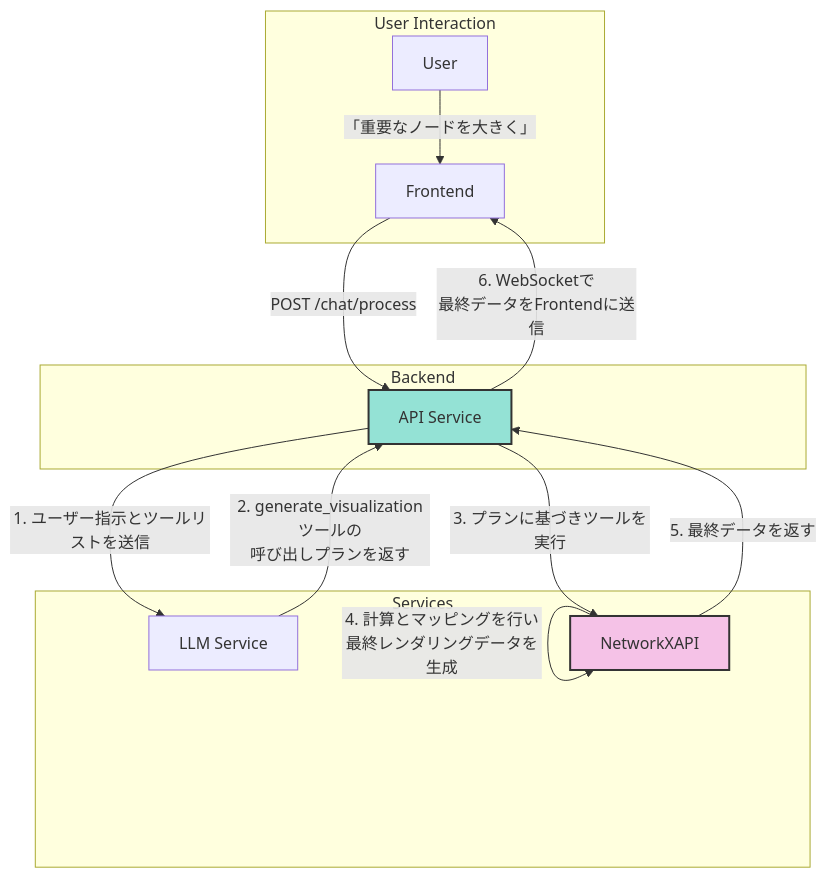
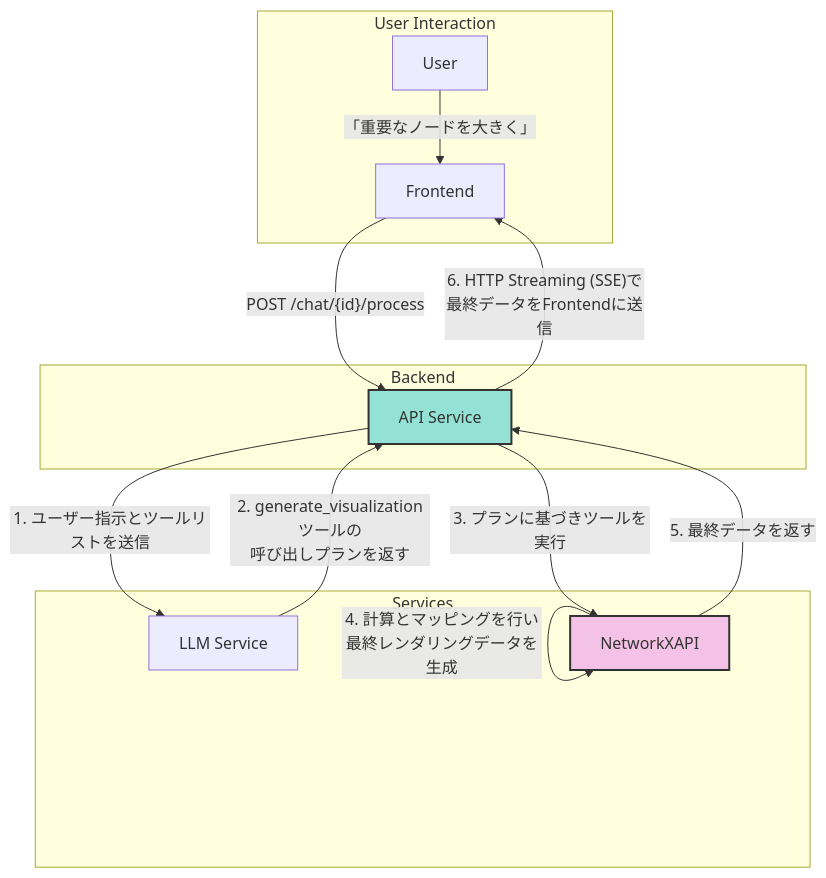
Before and after one commit to vdslab/LLMGraphvis: the second of 2 diagrams in specification/2_Technical_Details/1_Backend.md, drawn with Mermaid. The commit also changed other lines of this file and 8 other files, not shown here.

````diff
--- a/specification/2_Technical_Details/1_Backend.md
+++ b/specification/2_Technical_Details/1_Backend.md
@@ -120,26 +98,26 @@
 ```mermaid
 graph TD
     subgraph User Interaction
         U[User] -- "「重要なノードを大きく」" --> F[Frontend]
     end
 
     subgraph Backend
         B_API[API Service]
     end
 
     subgraph Services
         LLM[LLM Service]
         NXAPI[NetworkXAPI]
     end
 
-    F -- "POST /chat/process" --> B_API
+    F -- "POST /chat/{id}/process" --> B_API
     B_API -- "1. ユーザー指示とツールリストを送信" --> LLM
     LLM -- "2. generate_visualizationツールの<br/>呼び出しプランを返す" --> B_API
     B_API -- "3. プランに基づきツールを実行" --> NXAPI
     NXAPI -- "4. 計算とマッピングを行い<br/>最終レンダリングデータを生成" --> NXAPI
     NXAPI -- "5. 最終データを返す" --> B_API
-    B_API -- "6. WebSocketで<br/>最終データをFrontendに送信" --> F
+    B_API -- "6. HTTP Streaming (SSE)で<br/>最終データをFrontendに送信" --> F
 
     style B_API fill:#94e2d5,stroke:#333,stroke-width:2px
     style NXAPI fill:#f5c2e7,stroke:#333,stroke-width:2px
 ```
````
